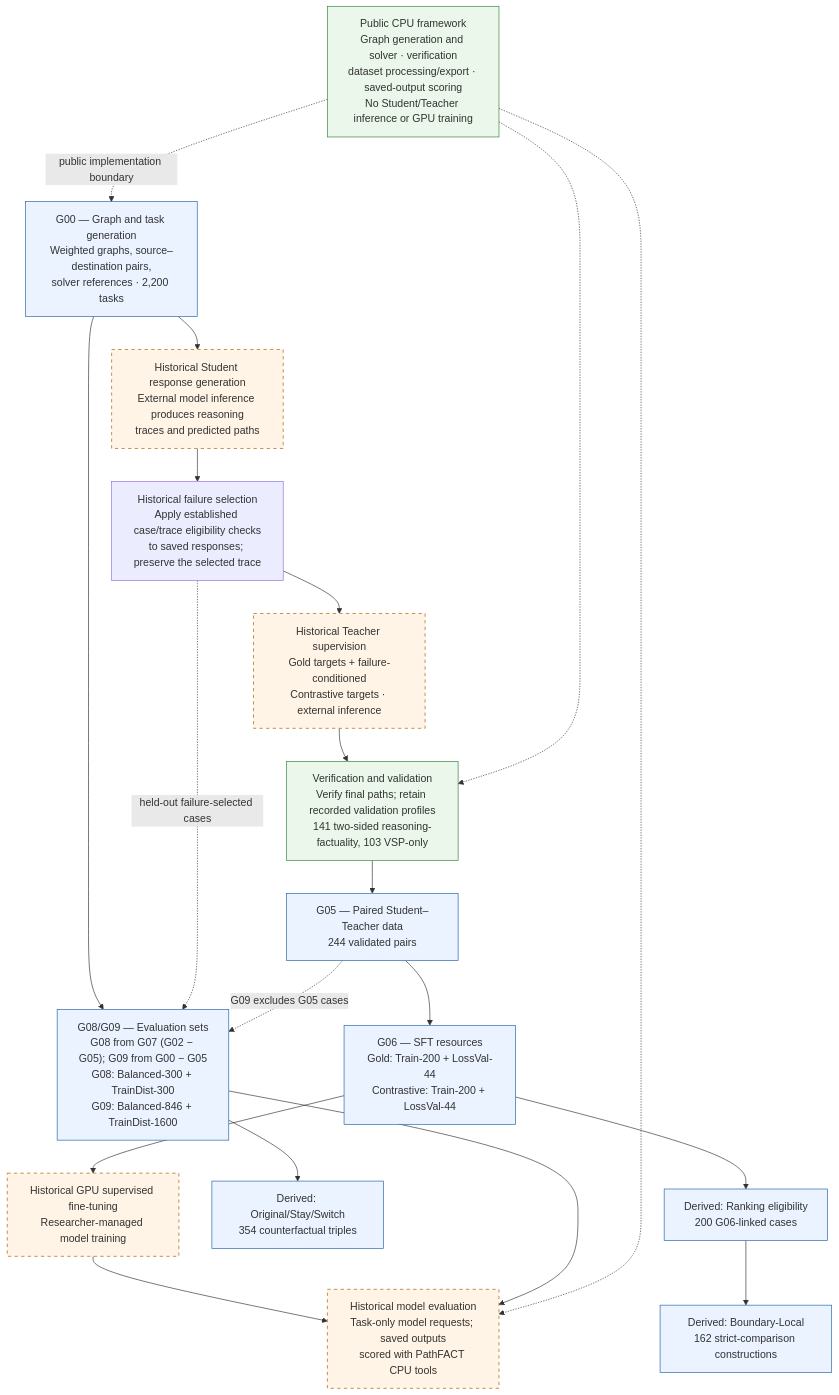
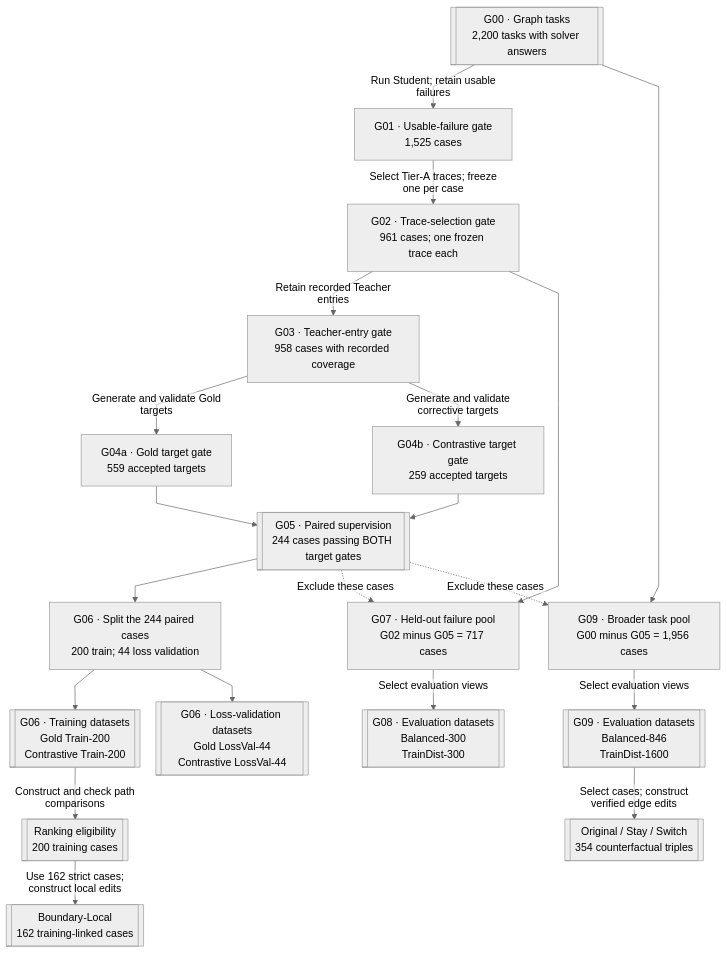
One commit to MinervaCyy/PathFACT changed the diagram in README.md. Above: the diagram before and after it, drawn with Mermaid.

Commit message:
Enhance PathFACT workflow diagram in README
Updated the PathFACT research workflow diagram with additional nodes and connections, including details about evaluation datasets and derived data relationships.

````diff
--- a/README.md
+++ b/README.md
@@ -15,35 +15,71 @@
 ```mermaid
-flowchart TD
-    G00["G00 — Graph and task generation<br/>Weighted graphs, source–destination pairs,<br/>solver references · 2,200 tasks"]
-    STUDENT["Historical Student response generation<br/>External model inference produces reasoning<br/>traces and predicted paths"]
-    FAIL["Historical failure selection<br/>Apply established case/trace eligibility checks<br/>to saved responses; preserve the selected trace"]
-    TEACHER["Historical Teacher supervision<br/>Gold targets + failure-conditioned<br/>Contrastive targets · external inference"]
-    VERIFY["Verification and validation<br/>Verify final paths; retain recorded validation profiles<br/>141 two-sided reasoning-factuality, 103 VSP-only"]
-    G05["G05 — Paired Student–Teacher data<br/>244 validated pairs"]
-    G06["G06 — SFT resources<br/>Gold: Train-200 + LossVal-44<br/>Contrastive: Train-200 + LossVal-44"]
-    TRAIN["Historical GPU supervised fine-tuning<br/>Researcher-managed model training"]
-    EVALDATA["G08/G09 — Evaluation sets<br/>G08 from G07 (G02 − G05); G09 from G00 − G05<br/>G08: Balanced-300 + TrainDist-300<br/>G09: Balanced-846 + TrainDist-1600"]
-    EVAL["Historical model evaluation<br/>Task-only model requests; saved outputs<br/>scored with PathFACT CPU tools"]
-    CF["Derived: Original/Stay/Switch<br/>354 counterfactual triples"]
-    RANK["Derived: Ranking eligibility<br/>200 G06-linked cases"]
-    BOUNDARY["Derived: Boundary-Local<br/>162 strict-comparison constructions"]
-    CPU["Public CPU framework<br/>Graph generation and solver · verification<br/>dataset processing/export · saved-output scoring<br/>No Student/Teacher inference or GPU training"]
+%%{init: {"theme": "neutral", "flowchart": {"htmlLabels": false, "curve": "linear", "nodeSpacing": 24, "rankSpacing": 28}}}%%
+flowchart TB
 
-    G00 --> STUDENT --> FAIL --> TEACHER --> VERIFY --> G05 --> G06 --> TRAIN --> EVAL
-    G00 --> EVALDATA
-    FAIL -. "held-out failure-selected cases" .-> EVALDATA
-    G05 -. "G09 excludes G05 cases" .-> EVALDATA
-    EVALDATA --> EVAL
-    EVALDATA --> CF
-    G06 --> RANK --> BOUNDARY
-    CPU -. "public implementation boundary" .-> G00
-    CPU -.-> VERIFY
-    CPU -.-> EVAL
+    %% CONSTRUCTION BACKBONE
 
-    classDef external fill:#fff4e5,stroke:#a45b00,stroke-dasharray:5 5;
-    classDef dataset fill:#eaf3ff,stroke:#2463a6;
-    classDef cpu fill:#eaf7ea,stroke:#31823b;
-    class STUDENT,TEACHER,TRAIN,EVAL external;
-    class G00,G05,G06,EVALDATA,CF,RANK,BOUNDARY dataset;
-    class CPU,VERIFY cpu;
+    G00[["G00 · Graph tasks<br/>2,200 tasks with solver answers"]]
+
+    G01["G01 · Usable-failure gate<br/>1,525 cases"]
+    G02["G02 · Trace-selection gate<br/>961 cases; one frozen trace each"]
+    G03["G03 · Teacher-entry gate<br/>958 cases with recorded coverage"]
+
+    G04A["G04a · Gold target gate<br/>559 accepted targets"]
+    G04B["G04b · Contrastive target gate<br/>259 accepted targets"]
+
+    G05[["G05 · Paired supervision<br/>244 cases passing BOTH target gates"]]
+
+    G00 -->|"Run Student; retain usable failures"| G01
+    G01 -->|"Select Tier-A traces; freeze one per case"| G02
+    G02 -->|"Retain recorded Teacher entries"| G03
+
+    G03 -->|"Generate and validate Gold targets"| G04A
+    G03 -->|"Generate and validate corrective targets"| G04B
+
+    G04A --> G05
+    G04B --> G05
+
+    %% G06: MATCHED TRAINING AND LOSS-VALIDATION DATA
+
+    G06["G06 · Split the 244 paired cases<br/>200 train; 44 loss validation"]
+
+    TRAIN[["G06 · Training datasets<br/>Gold Train-200<br/>Contrastive Train-200"]]
+
+    VAL[["G06 · Loss-validation datasets<br/>Gold LossVal-44<br/>Contrastive LossVal-44"]]
+
+    G05 --> G06
+    G06 --> TRAIN
+    G06 --> VAL
+
+    %% EVALUATION: TWO DIFFERENT SOURCE POOLS
+
+    G07["G07 · Held-out failure pool<br/>G02 minus G05 = 717 cases"]
+
+    POOL09["G09 · Broader task pool<br/>G00 minus G05 = 1,956 cases"]
+
+    G08[["G08 · Evaluation datasets<br/>Balanced-300<br/>TrainDist-300"]]
+
+    G09[["G09 · Evaluation datasets<br/>Balanced-846<br/>TrainDist-1600"]]
+
+    G02 --> G07
+    G05 -.->|"Exclude these cases"| G07
+
+    G00 --> POOL09
+    G05 -.->|"Exclude these cases"| POOL09
+
+    G07 -->|"Select evaluation views"| G08
+    POOL09 -->|"Select evaluation views"| G09
+
+    %% DERIVED DATA: CONNECT TO THE CORRECT PARENTS
+
+    RANK[["Ranking eligibility<br/>200 training cases"]]
+
+    BOUNDARY[["Boundary-Local<br/>162 training-linked cases"]]
+
+    CF[["Original / Stay / Switch<br/>354 counterfactual triples"]]
+
+    TRAIN -->|"Construct and check path comparisons"| RANK
+    RANK -->|"Use 162 strict cases; construct local edits"| BOUNDARY
+
+    G09 -->|"Select cases; construct verified edge edits"| CF
 ```
````
